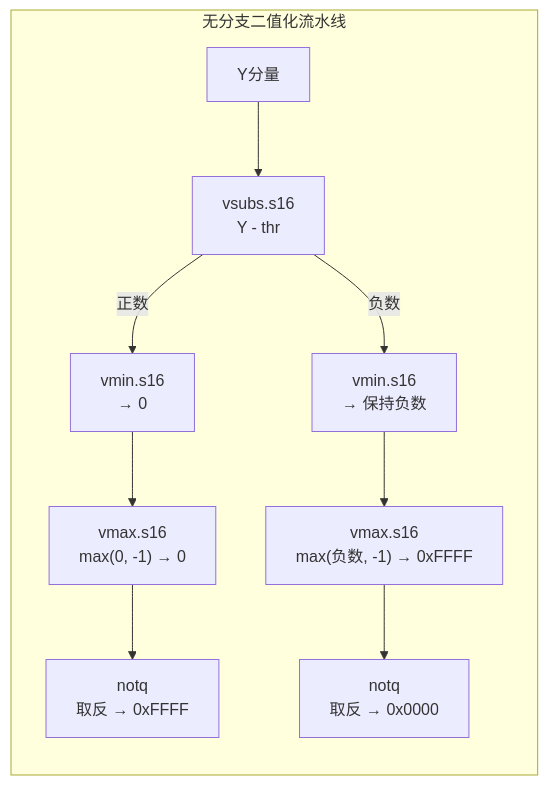
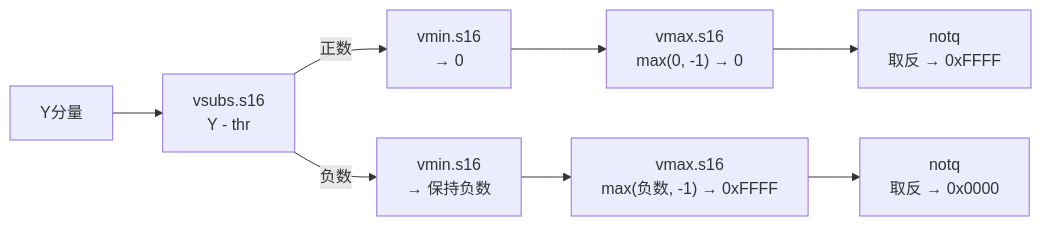
Before and after one commit to Arclith/BallBalancePlatform: the fifth of 7 diagrams in README.md, drawn with Mermaid. The commit also changed other lines of this file, not shown here.

````diff
--- a/README.md
+++ b/README.md
@@ -528,13 +538,11 @@
 ```mermaid
-flowchart TD
-    subgraph 无分支二值化流水线
-        direction TD
+flowchart LR
+        direction LR
         Y["Y分量"] --> SUB["vsubs.s16<br/>Y - thr"]
         SUB -->|"正数"| CLIP1["vmin.s16<br/>→ 0"]
         SUB -->|"负数"| CLIP2["vmin.s16<br/>→ 保持负数"]
         CLIP1 --> CLIP3["vmax.s16<br/>max(0, -1) → 0"]
         CLIP2 --> CLIP4["vmax.s16<br/>max(负数, -1) → 0xFFFF"]
         CLIP3 --> NOT1["notq<br/>取反 → 0xFFFF"]
         CLIP4 --> NOT2["notq<br/>取反 → 0x0000"]
-    end
 ```
````
